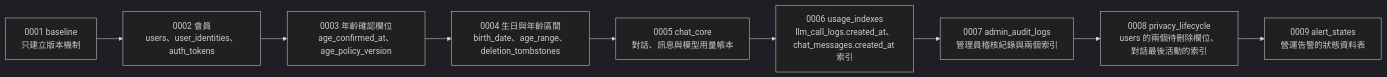
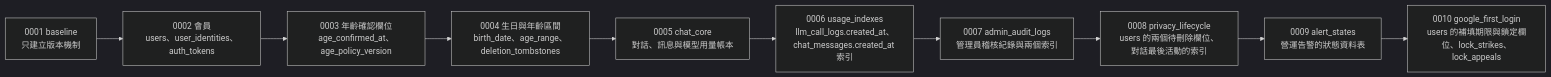
The second of 3 diagrams in docs/資料模型-data-model.md (pp466pp466/R.A.C), drawn with Mermaid (dark theme) before and after one commit. The commit also changed other lines of this file and 170 other files, not shown here.

First line of the commit message:
實作 google-first-login（change ①）：Google 優先登入、登入後年齡確認、帳號鎖定與申訴、管理員二階段登入

````diff
--- a/docs/資料模型-data-model.md
+++ b/docs/資料模型-data-model.md
@@ -155,11 +176,12 @@
 ```mermaid
 flowchart LR
     M1["0001 baseline<br/>只建立版本機制"] --> M2["0002 會員<br/>users、user_identities、auth_tokens"]
     M2 --> M3["0003 年齡確認欄位<br/>age_confirmed_at、age_policy_version"]
     M3 --> M4["0004 生日與年齡區間<br/>birth_date、age_range、deletion_tombstones"]
     M4 --> M5["0005 chat_core<br/>對話、訊息與模型用量帳本"]
     M5 --> M6["0006 usage_indexes<br/>llm_call_logs.created_at、chat_messages.created_at 索引"]
     M6 --> M7["0007 admin_audit_logs<br/>管理員稽核紀錄與兩個索引"]
     M7 --> M8["0008 privacy_lifecycle<br/>users 的兩個待刪除欄位、對話最後活動的索引"]
     M8 --> M9["0009 alert_states<br/>營運告警的狀態資料表"]
+    M9 --> M10["0010 google_first_login<br/>users 的補填期限與鎖定欄位、lock_strikes、lock_appeals"]
 ```
````
